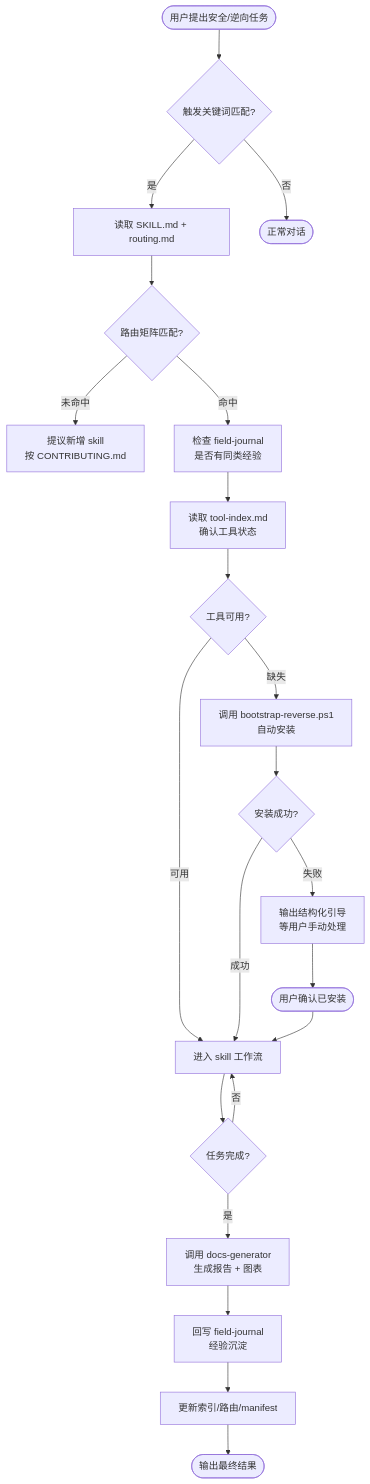
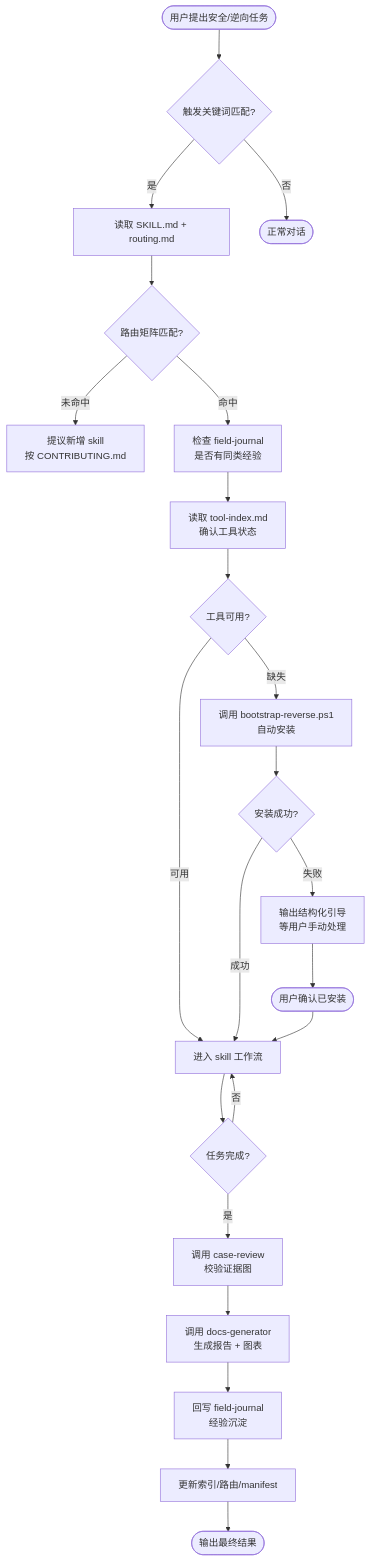
The first of 7 diagrams in skills/reverse-skill/docs/ARCHITECTURE.md (UIhoshi/AgentLogic), drawn with Mermaid before and after one commit. The commit also changed other lines of this file and 3237 other files, not shown here.

````diff
--- a/skills/reverse-skill/docs/ARCHITECTURE.md
+++ b/skills/reverse-skill/docs/ARCHITECTURE.md
@@ -5,30 +5,31 @@
 ```mermaid
 flowchart TD
     Start([用户提出安全/逆向任务]) --> Detect{触发关键词匹配?}
     Detect -->|是| ReadRouting[读取 SKILL.md + routing.md]
     Detect -->|否| Normal([正常对话])
     
     ReadRouting --> RouteMatch{路由矩阵匹配?}
     RouteMatch -->|未命中| ProposeNew[提议新增 skill<br/>按 CONTRIBUTING.md]
     RouteMatch -->|命中| CheckJournal[检查 field-journal<br/>是否有同类经验]
     
     CheckJournal --> CheckTools[读取 tool-index.md<br/>确认工具状态]
     CheckTools --> ToolOK{工具可用?}
     
     ToolOK -->|缺失| Bootstrap[调用 bootstrap-reverse.ps1<br/>自动安装]
     ToolOK -->|可用| Execute[进入 skill 工作流]
     
     Bootstrap --> BootOK{安装成功?}
     BootOK -->|成功| Execute
     BootOK -->|失败| Guide[输出结构化引导<br/>等用户手动处理]
     Guide --> UserConfirm([用户确认已安装])
     UserConfirm --> Execute
     
     Execute --> TaskDone{任务完成?}
     TaskDone -->|否| Execute
-    TaskDone -->|是| GenReport[调用 docs-generator<br/>生成报告 + 图表]
+    TaskDone -->|是| ReviewCase[调用 case-review<br/>校验证据图]
+    ReviewCase --> GenReport[调用 docs-generator<br/>生成报告 + 图表]
     
     GenReport --> WriteJournal[回写 field-journal<br/>经验沉淀]
     WriteJournal --> UpdateIndex[更新索引/路由/manifest]
     UpdateIndex --> Output([输出最终结果])
 ```
````
